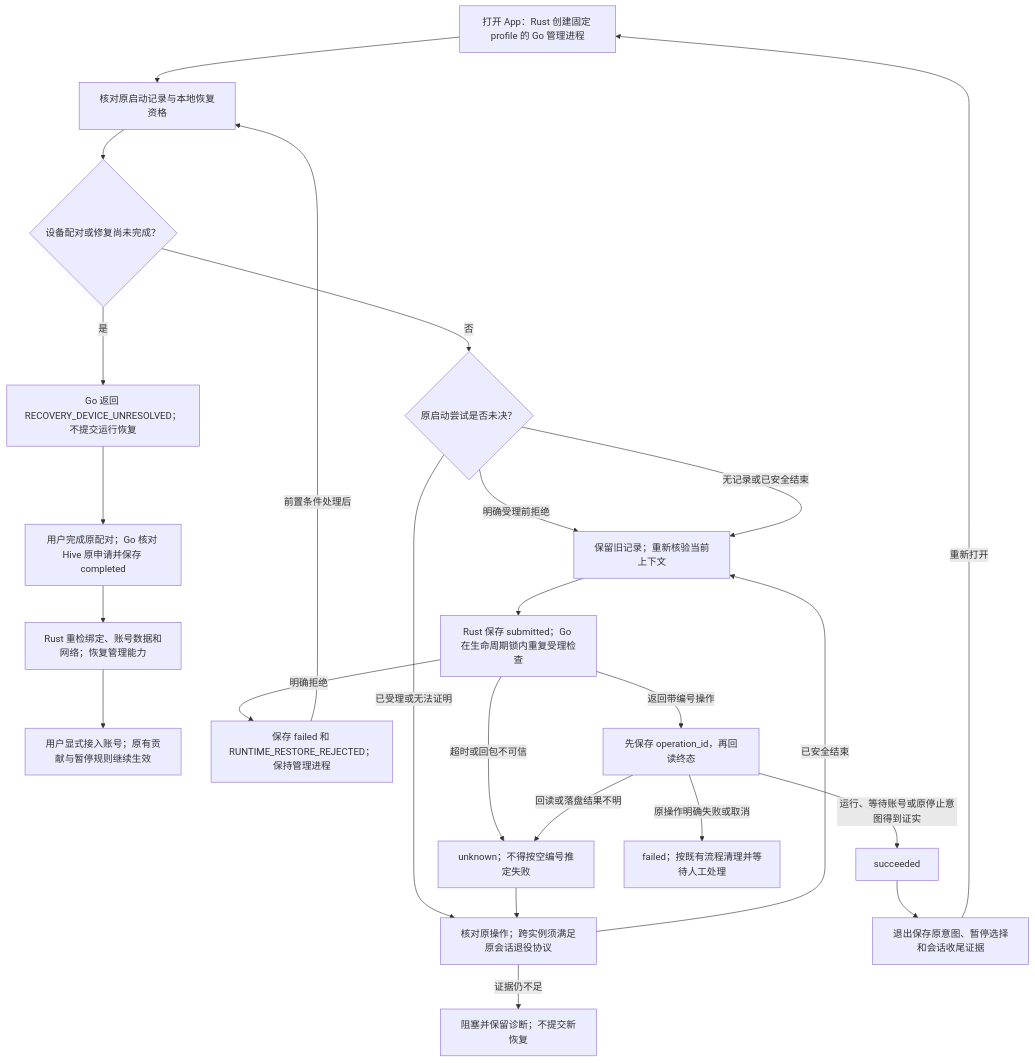
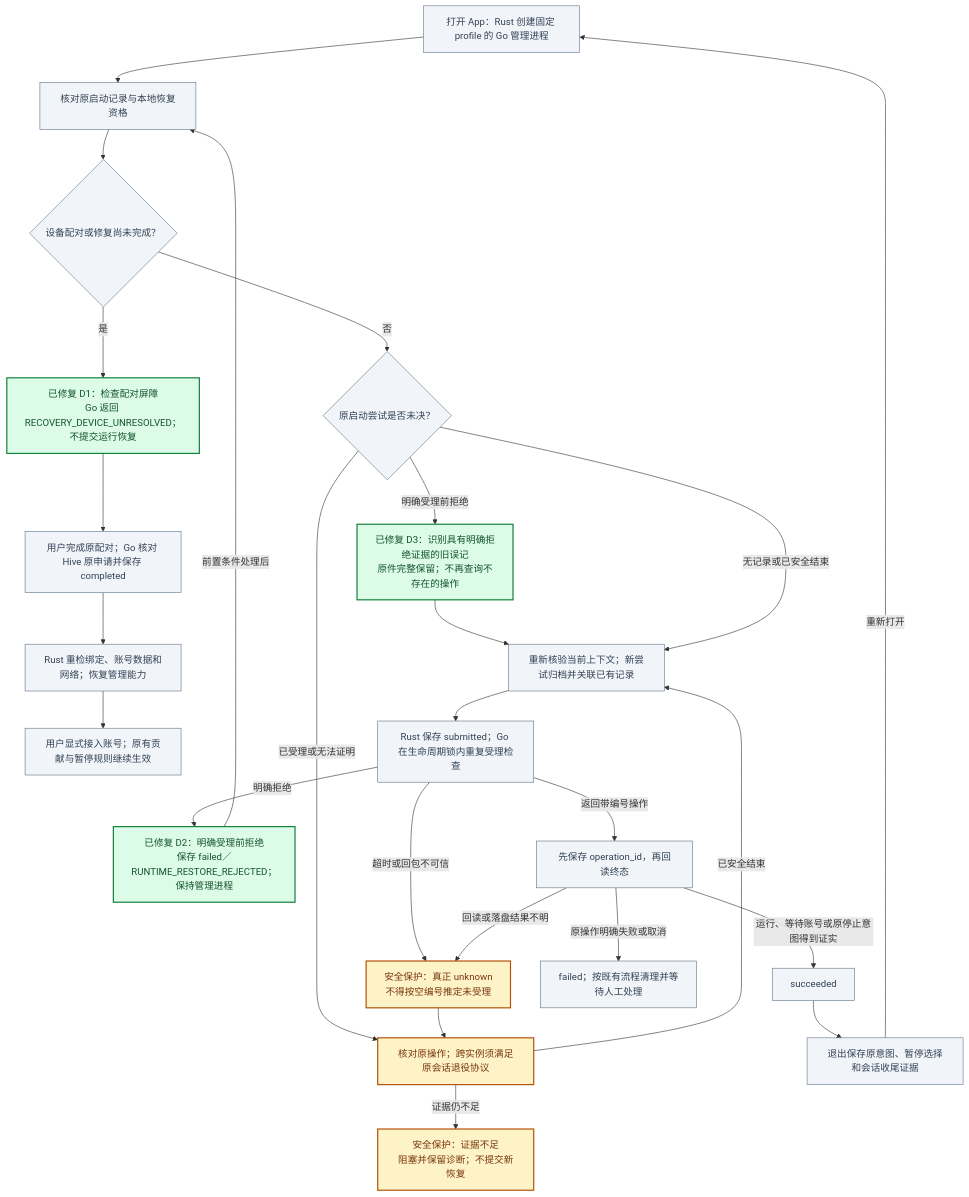
One commit to tokhive/bee changed the second of 2 diagrams in docs/desktop/startup-admission.md. Above: the diagram before and after it, drawn with Mermaid. The commit also changed other lines of this file, not shown here.

Commit message:
docs(desktop): contrast startup defects and fixes with colored diagrams

````diff
--- a/docs/desktop/startup-admission.md
+++ b/docs/desktop/startup-admission.md
@@ -7,26 +42,32 @@
 ```mermaid
 flowchart TD
     A[打开 App：Rust 创建固定 profile 的 Go 管理进程] --> B[核对原启动记录与本地恢复资格]
     B --> C{设备配对或修复尚未完成？}
-    C -->|是| D[Go 返回 RECOVERY_DEVICE_UNRESOLVED；不提交运行恢复]
+    C -->|是| D["已修复 D1：检查配对屏障<br/>Go 返回 RECOVERY_DEVICE_UNRESOLVED；不提交运行恢复"]
     D --> E[用户完成原配对；Go 核对 Hive 原申请并保存 completed]
     E --> F[Rust 重检绑定、账号数据和网络；恢复管理能力]
     F --> G[用户显式接入账号；原有贡献与暂停规则继续生效]
     C -->|否| H{原启动尝试是否未决？}
-    H -->|明确受理前拒绝| I[保留旧记录；重新核验当前上下文]
+    H -->|明确受理前拒绝| T["已修复 D3：识别具有明确拒绝证据的旧误记<br/>原件完整保留；不再查询不存在的操作"]
+    T --> I[重新核验当前上下文；新尝试归档并关联已有记录]
     H -->|已受理或无法证明| J[核对原操作；跨实例须满足原会话退役协议]
     H -->|无记录或已安全结束| I
-    J -->|证据仍不足| K[阻塞并保留诊断；不提交新恢复]
+    J -->|证据仍不足| K["安全保护：证据不足<br/>阻塞并保留诊断；不提交新恢复"]
     J -->|已安全结束| I
     I --> L[Rust 保存 submitted；Go 在生命周期锁内重复受理检查]
-    L -->|明确拒绝| M[保存 failed 和 RUNTIME_RESTORE_REJECTED；保持管理进程]
+    L -->|明确拒绝| M["已修复 D2：明确受理前拒绝<br/>保存 failed／RUNTIME_RESTORE_REJECTED；保持管理进程"]
     L -->|返回带编号操作| N[先保存 operation_id，再回读终态]
-    L -->|超时或回包不可信| O[unknown；不得按空编号推定失败]
+    L -->|超时或回包不可信| O["安全保护：真正 unknown<br/>不得按空编号推定未受理"]
     N -->|运行、等待账号或原停止意图得到证实| P[succeeded]
     N -->|原操作明确失败或取消| Q[failed；按既有流程清理并等待人工处理]
     N -->|回读或落盘结果不明| O
     M -->|前置条件处理后| B
     O --> J
     P --> R[退出保存原意图、暂停选择和会话收尾证据]
     R -->|重新打开| A
+    classDef default fill:#f1f5f9,stroke:#64748b,color:#334155;
+    classDef fixed fill:#dcfce7,stroke:#15803d,color:#14532d,stroke-width:2px;
+    classDef guard fill:#fef3c7,stroke:#b45309,color:#78350f,stroke-width:2px;
+    class D,T,M fixed;
+    class J,K,O guard;
 ```
````
